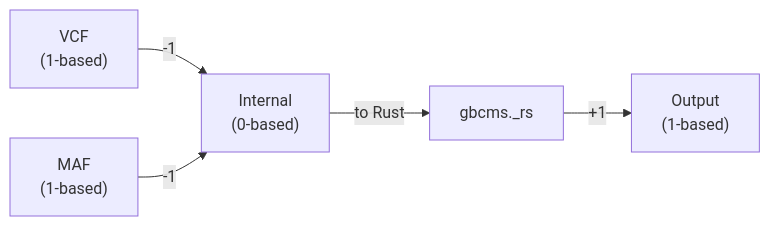
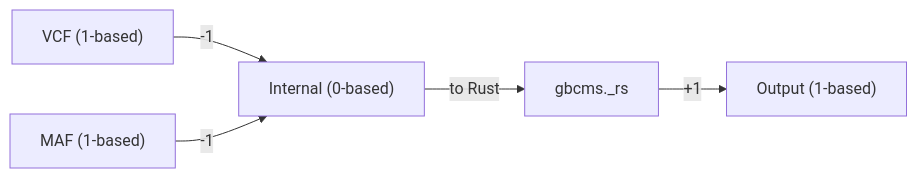
The third of 4 diagrams in docs/ARCHITECTURE.md (msk-access/py-gbcms), drawn with Mermaid before and after one commit. The commit also changed other lines of this file and 7 other files, not shown here.

````diff
--- a/docs/ARCHITECTURE.md
+++ b/docs/ARCHITECTURE.md
@@ -98,7 +62,7 @@
 ```mermaid
 flowchart LR
-    VCF["VCF<br>(1-based)"] -->|"-1"| Internal["Internal<br>(0-based)"]
-    MAF["MAF<br>(1-based)"] -->|"-1"| Internal
+    VCF["VCF (1-based)"] -->|"-1"| Internal["Internal (0-based)"]
+    MAF["MAF (1-based)"] -->|"-1"| Internal
     Internal -->|"to Rust"| Rust["gbcms._rs"]
-    Rust -->|"+1"| Output["Output<br>(1-based)"]
+    Rust -->|"+1"| Output["Output (1-based)"]
 ```
````
